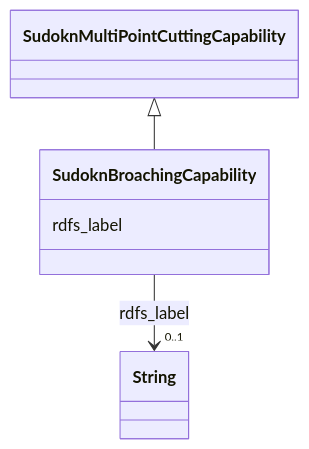
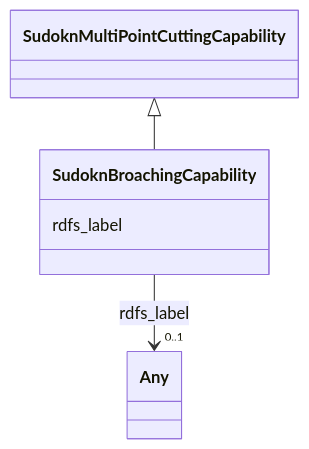
One commit to frink-okn/graph-descriptions changed the diagram in sudokn-kg/classes/SudoknBroachingCapability.md. Above: the diagram before and after it, drawn with Mermaid. The commit also changed other lines of this file and 903 other files, not shown here.

````diff
--- a/sudokn-kg/classes/SudoknBroachingCapability.md
+++ b/sudokn-kg/classes/SudoknBroachingCapability.md
@@ -23,18 +18,18 @@
 ```mermaid
  classDiagram
     class SudoknBroachingCapability
     click SudoknBroachingCapability href "../SudoknBroachingCapability"
       SudoknMultiPointCuttingCapability <|-- SudoknBroachingCapability
         click SudoknMultiPointCuttingCapability href "../SudoknMultiPointCuttingCapability"
       
       SudoknBroachingCapability : rdfs_label
         
           
     
     
-    SudoknBroachingCapability --> "0..1" String : rdfs_label
-    click String href "../String"
+    SudoknBroachingCapability --> "0..1" Any : rdfs_label
+    click Any href "../Any"
 
         
       
 ```
````
